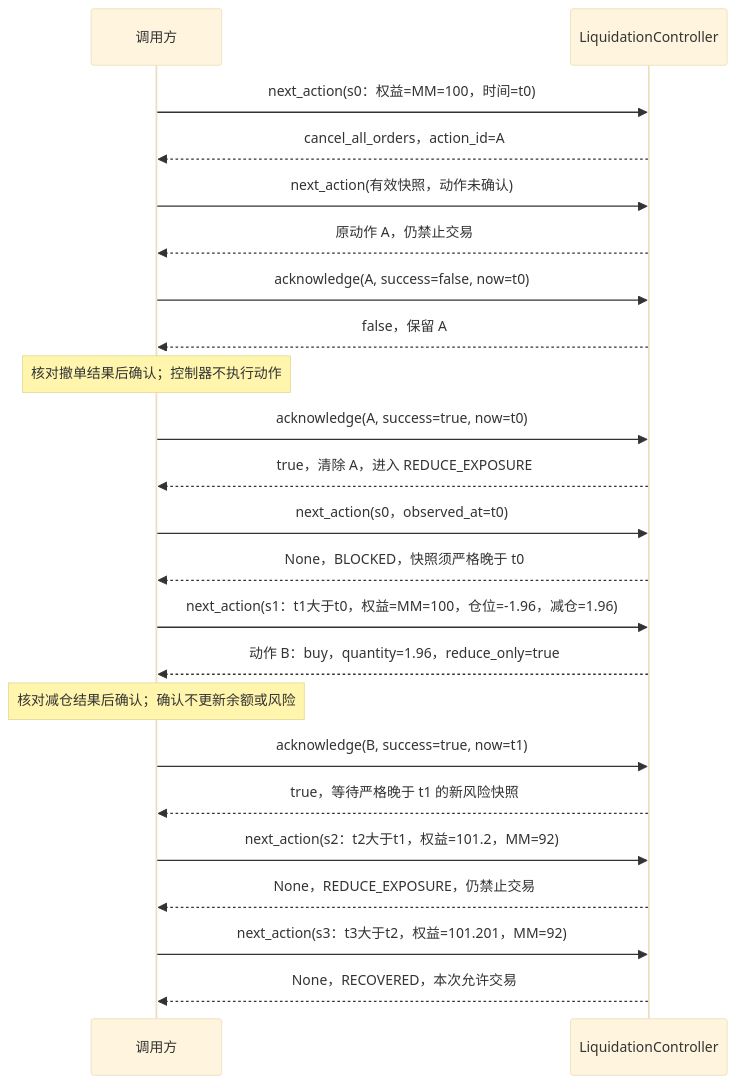
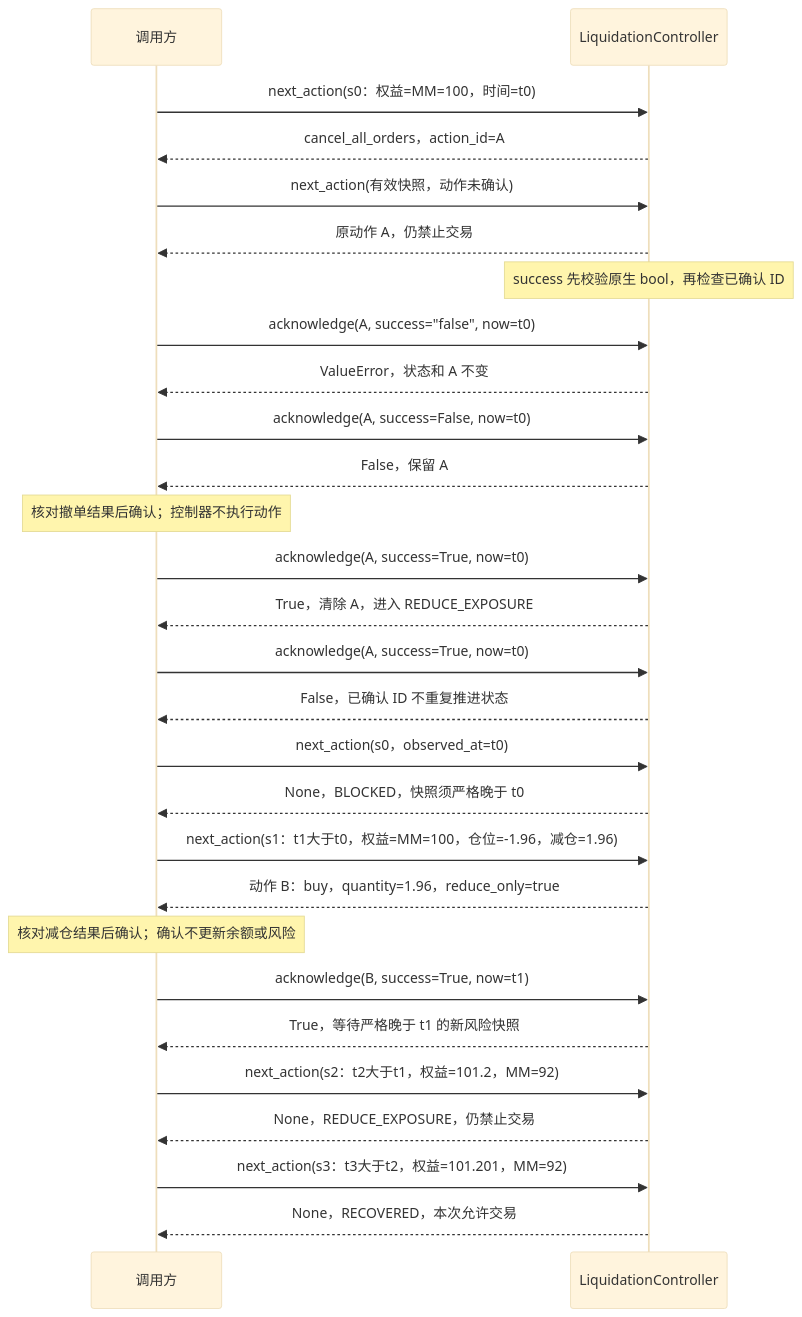
The second of 2 diagrams in docs/liquidation-controller.md (PureGamma-Harness/uta-unified-account), drawn with Mermaid (base theme) before and after one commit. The commit also changed other lines of this file and 6 other files, not shown here.

````diff
--- a/docs/liquidation-controller.md
+++ b/docs/liquidation-controller.md
@@ -36,25 +36,30 @@
 ```mermaid
 sequenceDiagram
     participant U as 调用方
     participant C as LiquidationController
     U->>C: next_action(s0：权益=MM=100，时间=t0)
     C-->>U: cancel_all_orders，action_id=A
     U->>C: next_action(有效快照，动作未确认)
     C-->>U: 原动作 A，仍禁止交易
-    U->>C: acknowledge(A, success=false, now=t0)
-    C-->>U: false，保留 A
+    Note over C: success 先校验原生 bool，再检查已确认 ID
+    U->>C: acknowledge(A, success="false", now=t0)
+    C-->>U: ValueError，状态和 A 不变
+    U->>C: acknowledge(A, success=False, now=t0)
+    C-->>U: False，保留 A
     Note over U: 核对撤单结果后确认；控制器不执行动作
-    U->>C: acknowledge(A, success=true, now=t0)
-    C-->>U: true，清除 A，进入 REDUCE_EXPOSURE
+    U->>C: acknowledge(A, success=True, now=t0)
+    C-->>U: True，清除 A，进入 REDUCE_EXPOSURE
+    U->>C: acknowledge(A, success=True, now=t0)
+    C-->>U: False，已确认 ID 不重复推进状态
     U->>C: next_action(s0，observed_at=t0)
     C-->>U: None，BLOCKED，快照须严格晚于 t0
     U->>C: next_action(s1：t1大于t0，权益=MM=100，仓位=-1.96，减仓=1.96)
     C-->>U: 动作 B：buy，quantity=1.96，reduce_only=true
     Note over U: 核对减仓结果后确认；确认不更新余额或风险
-    U->>C: acknowledge(B, success=true, now=t1)
-    C-->>U: true，等待严格晚于 t1 的新风险快照
+    U->>C: acknowledge(B, success=True, now=t1)
+    C-->>U: True，等待严格晚于 t1 的新风险快照
     U->>C: next_action(s2：t2大于t1，权益=101.2，MM=92)
     C-->>U: None，REDUCE_EXPOSURE，仍禁止交易
     U->>C: next_action(s3：t3大于t2，权益=101.201，MM=92)
     C-->>U: None，RECOVERED，本次允许交易
 ```
````
